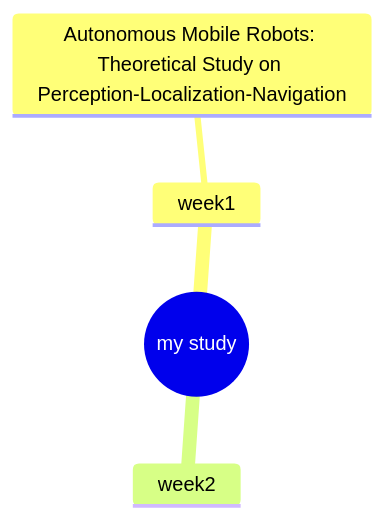
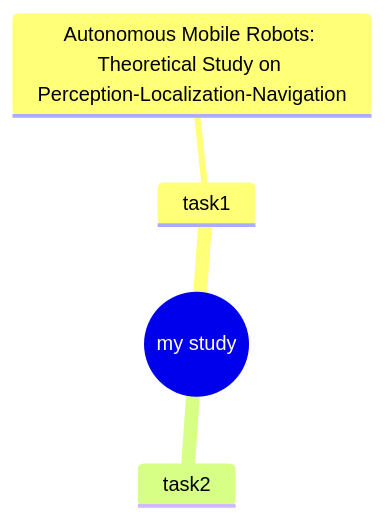
One commit to MistSlumber/Robot-Perception-Localization-and-Navigation changed the first of 4 diagrams in README.md. Above: the diagram before and after it, drawn with Mermaid. The commit also changed other lines of this file, not shown here.

Commit message:
Revise task headings and mindmap structure
Updated the README to reflect changes in tasks and structure.

````diff
--- a/README.md
+++ b/README.md
@@ -1,7 +1,7 @@
 ```mermaid
 mindmap
   root((my study))
-    week1
+    task1
        Autonomous Mobile Robots: Theoretical Study on Perception‑Localization‑Navigation
-    week2
+    task2
 ```
````
